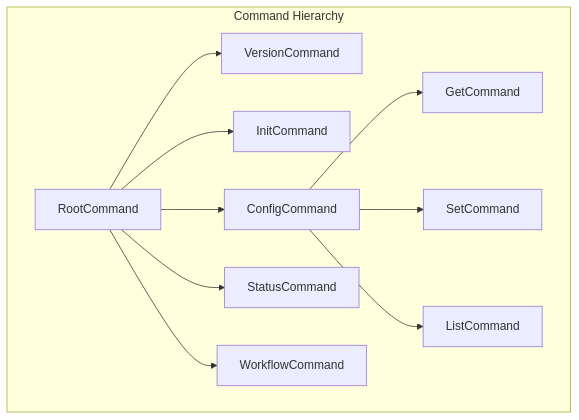
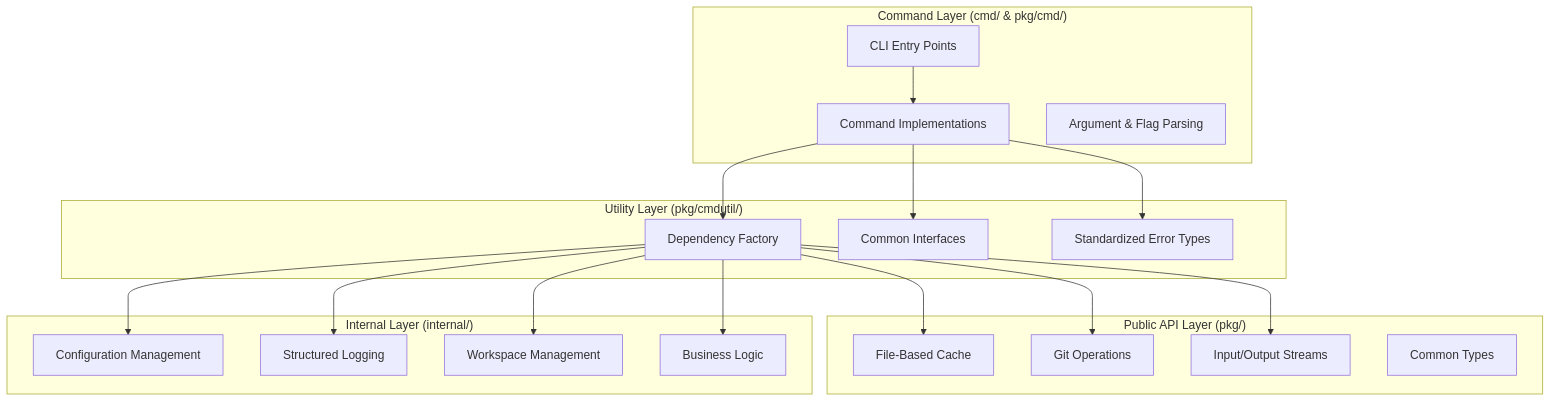
One commit to daddia/zen-cli changed the diagram in docs/architecture/patterns/design-patterns.md. Above: the diagram before and after it, drawn with Mermaid. The commit also changed other lines of this file and 5 other files, not shown here.

First line of the commit message:
feat: introduce cache and factory components with architectural decisions

````diff
--- a/docs/architecture/patterns/design-patterns.md
+++ b/docs/architecture/patterns/design-patterns.md
@@ -77,15 +11,40 @@
 ```mermaid
-graph TD
-    subgraph "Command Hierarchy"
-        Root[RootCommand]
-        Root --> Version[VersionCommand]
-        Root --> Init[InitCommand]
-        Root --> Config[ConfigCommand]
-        Root --> Status[StatusCommand]
-        Root --> Workflow[WorkflowCommand]
-        
-        Config --> ConfigGet[GetCommand]
-        Config --> ConfigSet[SetCommand]
-        Config --> ConfigList[ListCommand]
+graph TB
+    subgraph "Command Layer (cmd/ & pkg/cmd/)"
+        CLI[CLI Entry Points]
+        Commands[Command Implementations]
+        Parsing[Argument & Flag Parsing]
     end
+    
+    subgraph "Utility Layer (pkg/cmdutil/)"
+        Factory[Dependency Factory]
+        Interfaces[Common Interfaces]
+        Errors[Standardized Error Types]
+    end
+    
+    subgraph "Public API Layer (pkg/)"
+        Cache[File-Based Cache]
+        Git[Git Operations]
+        IOStreams[Input/Output Streams]
+        Types[Common Types]
+    end
+    
+    subgraph "Internal Layer (internal/)"
+        Config[Configuration Management]
+        Logging[Structured Logging]
+        Workspace[Workspace Management]
+        Business[Business Logic]
+    end
+    
+    CLI --> Commands
+    Commands --> Factory
+    Commands --> Interfaces
+    Commands --> Errors
+    Factory --> Cache
+    Factory --> Git
+    Factory --> IOStreams
+    Factory --> Config
+    Factory --> Logging
+    Factory --> Workspace
+    Factory --> Business
 ```
````
